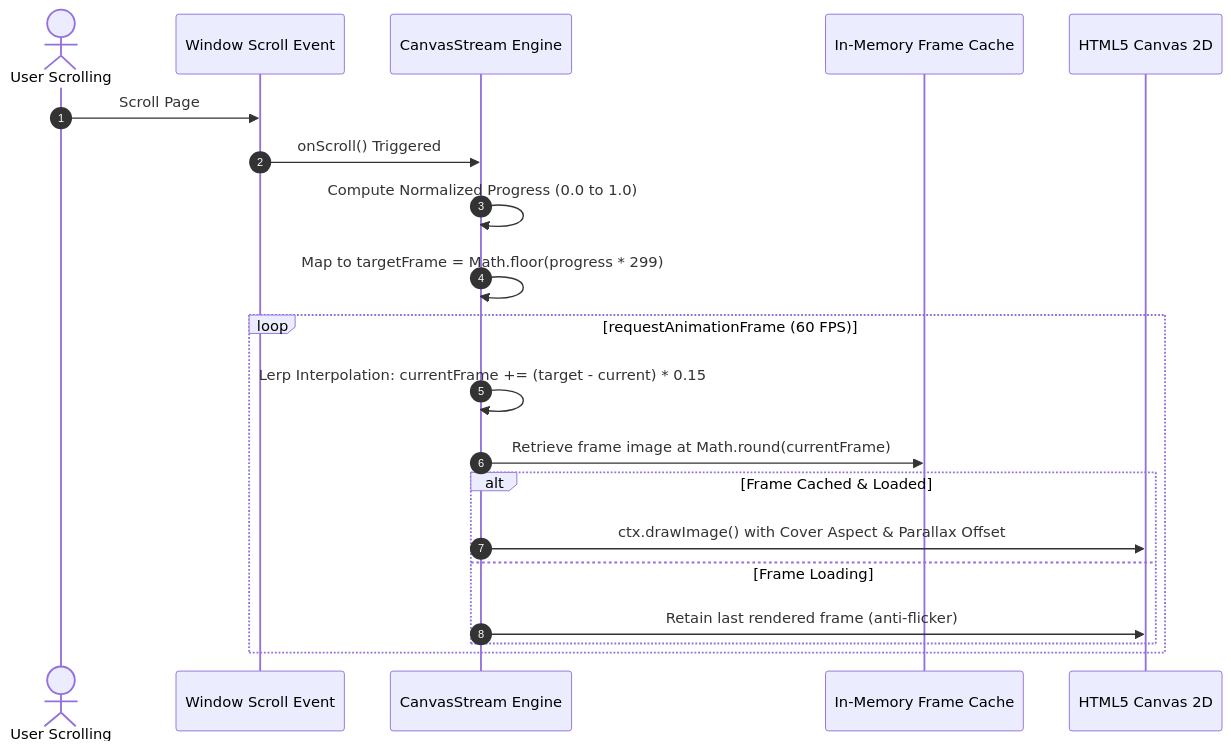
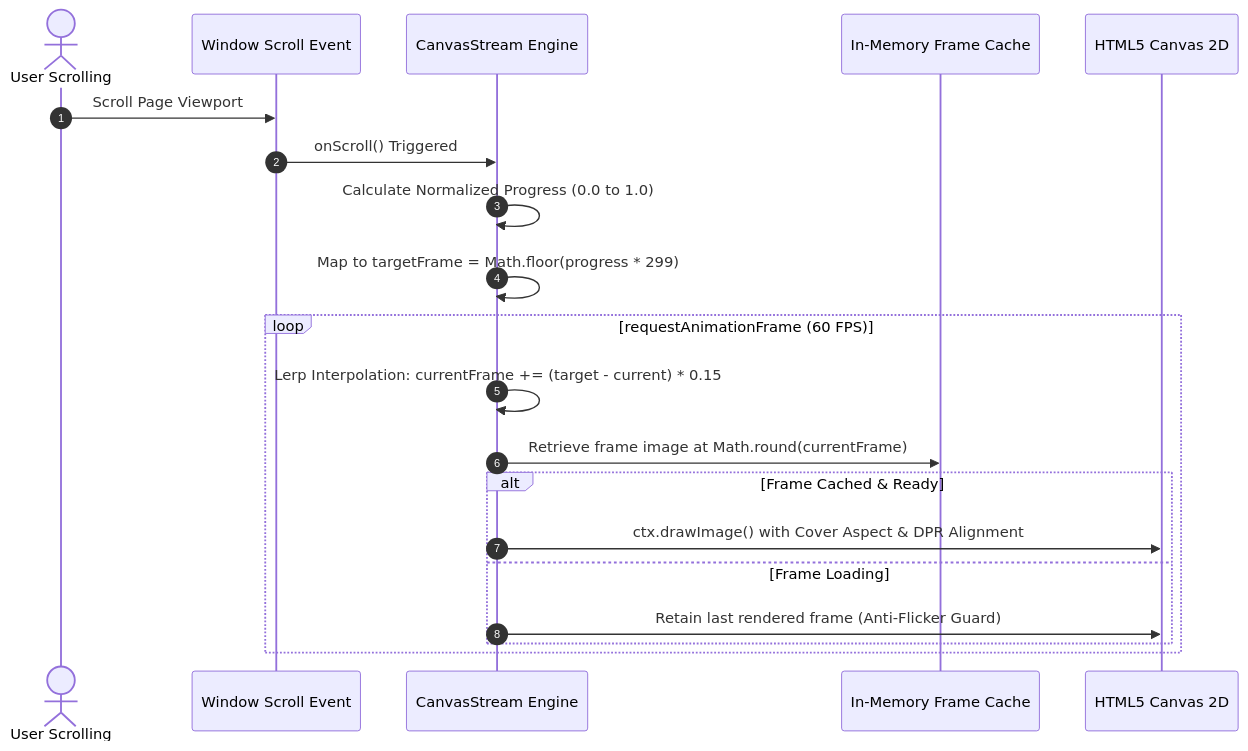
Before and after one commit to alam292/Protfolio: the third of 7 diagrams in README.md, drawn with Mermaid. The commit also changed other lines of this file, not shown here.

Commit message:
docs: update README with enhanced project highlights, architecture, and tech stack details

````diff
--- a/README.md
+++ b/README.md
@@ -181,23 +237,23 @@
 ```mermaid
 sequenceDiagram
     autonumber
     actor User as User Scrolling
     participant Win as Window Scroll Event
     participant CS as CanvasStream Engine
     participant Cache as In-Memory Frame Cache
     participant Canvas as HTML5 Canvas 2D
 
-    User->>Win: Scroll Page
+    User->>Win: Scroll Page Viewport
     Win->>CS: onScroll() Triggered
-    CS->>CS: Compute Normalized Progress (0.0 to 1.0)
+    CS->>CS: Calculate Normalized Progress (0.0 to 1.0)
     CS->>CS: Map to targetFrame = Math.floor(progress * 299)
     loop requestAnimationFrame (60 FPS)
         CS->>CS: Lerp Interpolation: currentFrame += (target - current) * 0.15
         CS->>Cache: Retrieve frame image at Math.round(currentFrame)
-        alt Frame Cached & Loaded
-            CS->>Canvas: ctx.drawImage() with Cover Aspect & Parallax Offset
+        alt Frame Cached & Ready
+            CS->>Canvas: ctx.drawImage() with Cover Aspect & DPR Alignment
         else Frame Loading
-            CS->>Canvas: Retain last rendered frame (anti-flicker)
+            CS->>Canvas: Retain last rendered frame (Anti-Flicker Guard)
         end
     end
 ```
````
